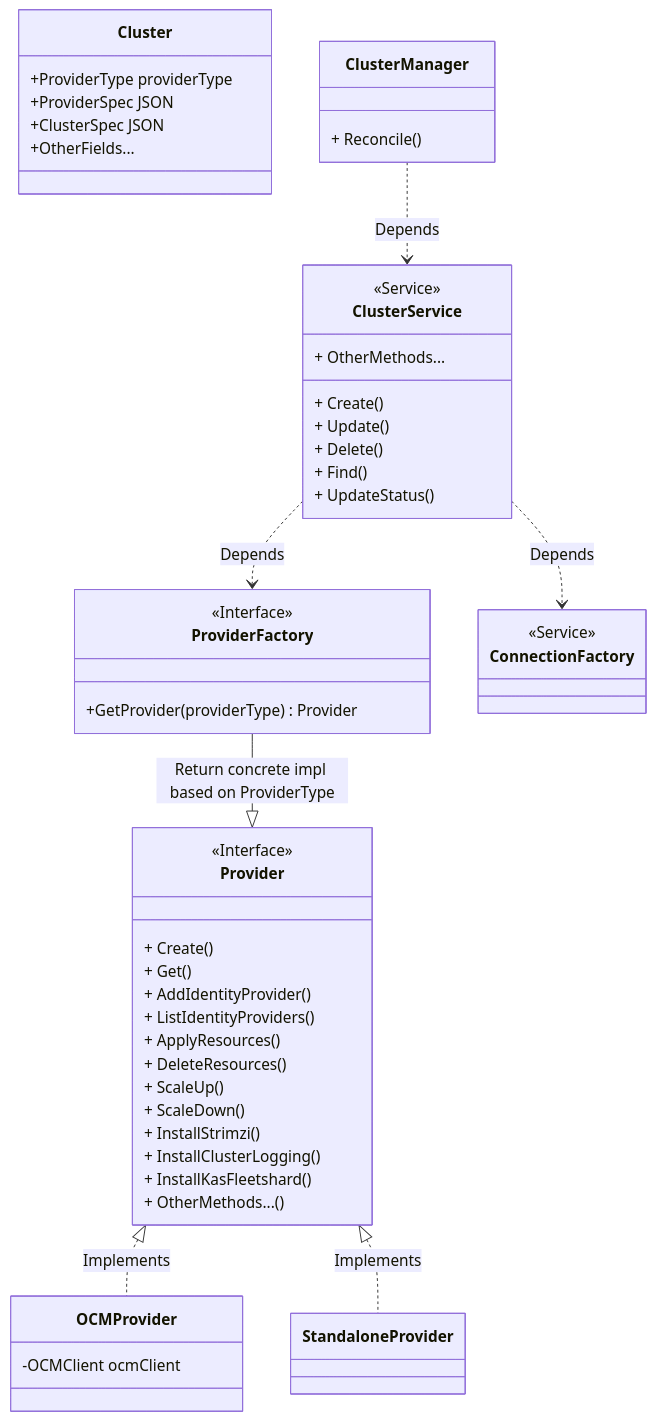
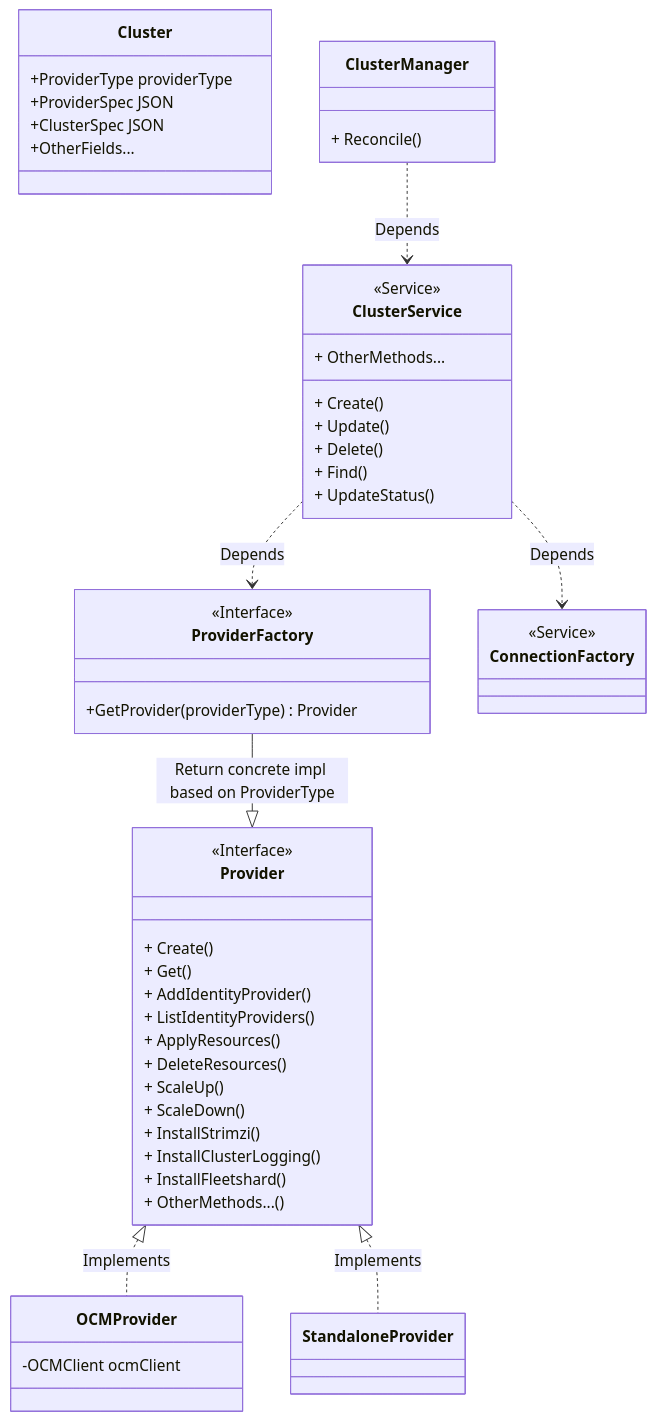
The diagram in docs/mermaid-diagrams-source/cluster-management-abstraction.mmd (bf2fc6cc711aee1a0c2a/kas-fleet-manager), drawn with Mermaid before and after one commit. The commit also changed 840 other files, not shown here.

```diff
--- a/docs/mermaid-diagrams-source/cluster-management-abstraction.mmd
+++ b/docs/mermaid-diagrams-source/cluster-management-abstraction.mmd
@@ -1,60 +1,60 @@
 classDiagram
   class Cluster {
       +ProviderType providerType
       +ProviderSpec JSON
       +ClusterSpec JSON
       +OtherFields...
   }
 
   class Provider {
       <<Interface>>
       + Create()
       + Get()
       + AddIdentityProvider()
       + ListIdentityProviders()
       + ApplyResources()
       + DeleteResources()
       + ScaleUp()
       + ScaleDown()
       + InstallStrimzi()
       + InstallClusterLogging()
-      + InstallKasFleetshard()
+      + InstallFleetshard()
       + OtherMethods...()
   }
 
   class ProviderFactory {
       <<Interface>>
       +GetProvider(providerType) Provider
   }
 
   class OCMProvider{
       -OCMClient ocmClient
   }
   class StandaloneProvider {
 
   }
 
   class ConnectionFactory {
       <<Service>>
   }
 
   class ClusterService {
       <<Service>>
       + Create()
       + Update()
       + Delete()
       + Find()
       + UpdateStatus()
       + OtherMethods...
   }
 
   class ClusterManager {
       + Reconcile()
   }
 
   Provider <|.. OCMProvider: Implements
   Provider <|.. StandaloneProvider: Implements
   ProviderFactory --|> Provider: Return concrete impl based on ProviderType
   ClusterService ..> ProviderFactory: Depends
   ClusterService ..> ConnectionFactory: Depends
   ClusterManager ..> ClusterService: Depends
```
